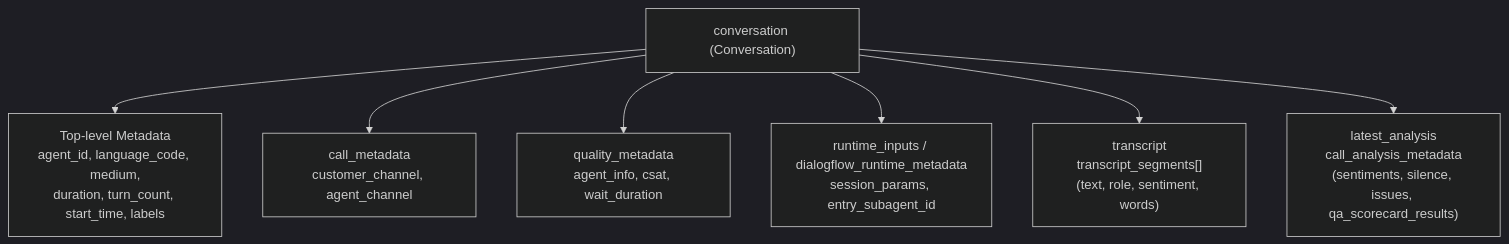
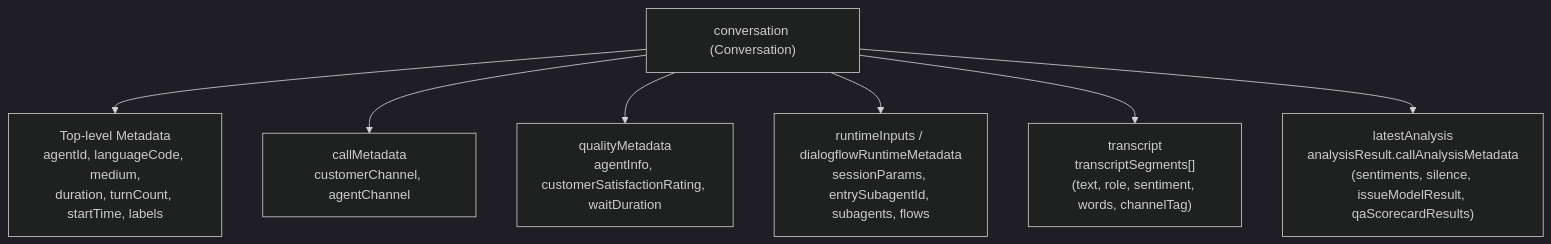
Before and after one commit to GoogleCloudPlatform/cxas-scrapi: the diagram in .agents/skills/cxas-autolabel-rules/references/cel_cookbook.md, drawn with Mermaid (dark theme). The commit also changed other lines of this file and 1 other file, not shown here.

````diff
--- a/.agents/skills/cxas-autolabel-rules/references/cel_cookbook.md
+++ b/.agents/skills/cxas-autolabel-rules/references/cel_cookbook.md
@@ -22,10 +23,10 @@
 ```mermaid
 graph TD
     Conv["conversation (Conversation)"]
-    Conv --> Meta["Top-level Metadata<br/>agent_id, language_code, medium,<br/>duration, turn_count, start_time, labels"]
-    Conv --> CallMeta["call_metadata<br/>customer_channel, agent_channel"]
-    Conv --> QualMeta["quality_metadata<br/>agent_info, csat, wait_duration"]
-    Conv --> Runtime["runtime_inputs / dialogflow_runtime_metadata<br/>session_params, entry_subagent_id"]
-    Conv --> Transcript["transcript<br/>transcript_segments[]<br/>(text, role, sentiment, words)"]
-    Conv --> Analysis["latest_analysis<br/>call_analysis_metadata<br/>(sentiments, silence, issues, qa_scorecard_results)"]
+    Conv --> Meta["Top-level Metadata<br/>agentId, languageCode, medium,<br/>duration, turnCount, startTime, labels"]
+    Conv --> CallMeta["callMetadata<br/>customerChannel, agentChannel"]
+    Conv --> QualMeta["qualityMetadata<br/>agentInfo, customerSatisfactionRating, waitDuration"]
+    Conv --> Runtime["runtimeInputs / dialogflowRuntimeMetadata<br/>sessionParams, entrySubagentId, subagents, flows"]
+    Conv --> Transcript["transcript<br/>transcriptSegments[]<br/>(text, role, sentiment, words, channelTag)"]
+    Conv --> Analysis["latestAnalysis<br/>analysisResult.callAnalysisMetadata<br/>(sentiments, silence, issueModelResult, qaScorecardResults)"]
 ```
````
